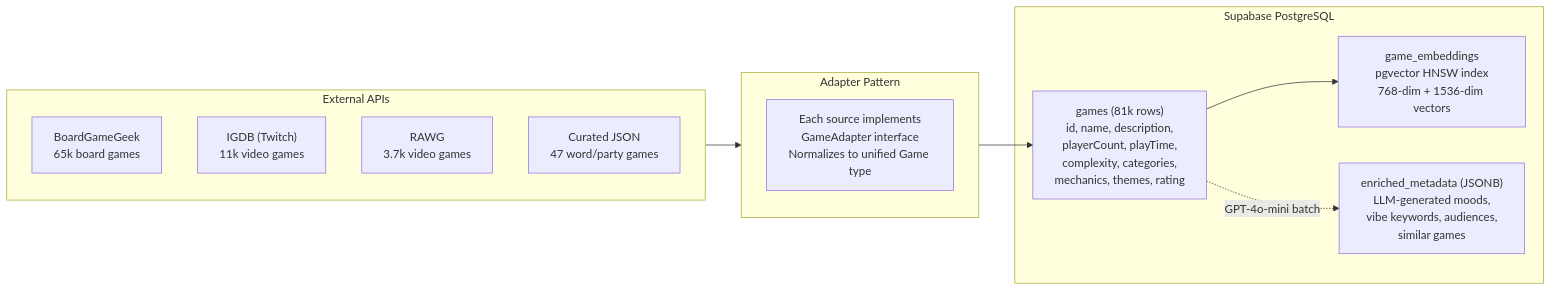
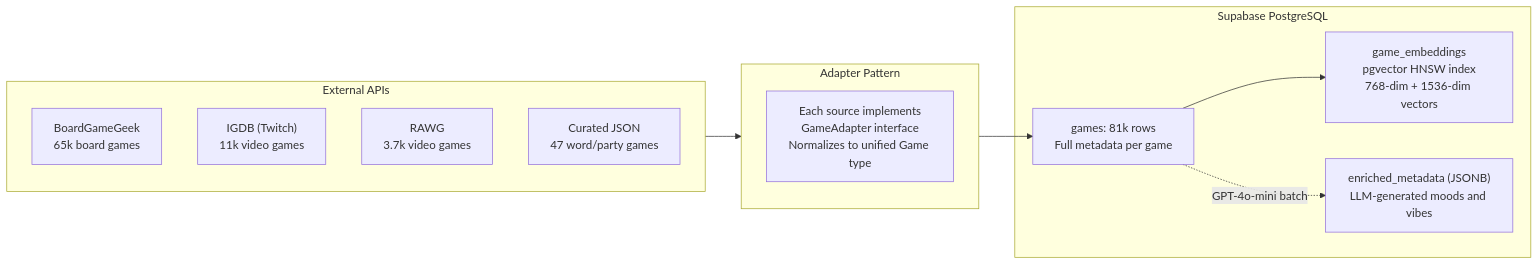
One commit to stopitdan/recommendagame changed the third of 7 diagrams in docs/ARCHITECTURE.md. Above: the diagram before and after it, drawn with Mermaid. The commit also changed other lines of this file and 2 other files, not shown here.

First line of the commit message:
Fix mermaid diagrams: simplify nodes that caused 'Unsupported markdown: list'

````diff
--- a/docs/ARCHITECTURE.md
+++ b/docs/ARCHITECTURE.md
@@ -146,23 +146,23 @@
 ```mermaid
 flowchart LR
     subgraph Sources["External APIs"]
         BGG["BoardGameGeek<br/>65k board games"]
         IGDB_S["IGDB (Twitch)<br/>11k video games"]
         RAWG_S["RAWG<br/>3.7k video games"]
         LOCAL["Curated JSON<br/>47 word/party games"]
     end
 
     subgraph Adapters["Adapter Pattern"]
         A["Each source implements<br/>GameAdapter interface<br/>Normalizes to unified Game type"]
     end
 
     subgraph Storage["Supabase PostgreSQL"]
-        GAMES_T["games (81k rows)<br/>id, name, description,<br/>playerCount, playTime,<br/>complexity, categories,<br/>mechanics, themes, rating"]
+        GAMES_T["games: 81k rows<br/>Full metadata per game"]
         EMBED_T["game_embeddings<br/>pgvector HNSW index<br/>768-dim + 1536-dim vectors"]
-        META["enriched_metadata (JSONB)<br/>LLM-generated moods,<br/>vibe keywords, audiences,<br/>similar games"]
+        META["enriched_metadata (JSONB)<br/>LLM-generated moods and vibes"]
     end
 
     Sources --> Adapters --> GAMES_T
     GAMES_T --> EMBED_T
     GAMES_T -.->|GPT-4o-mini batch| META
 ```
````
